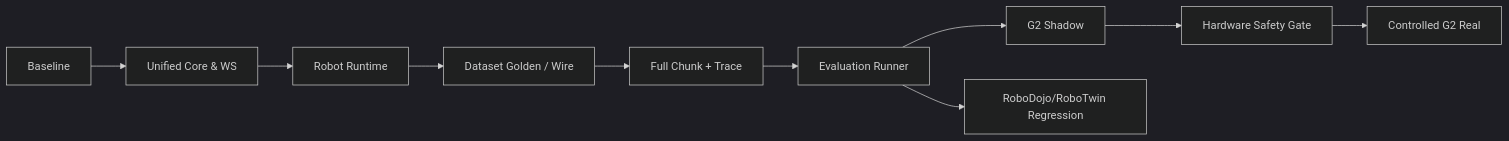
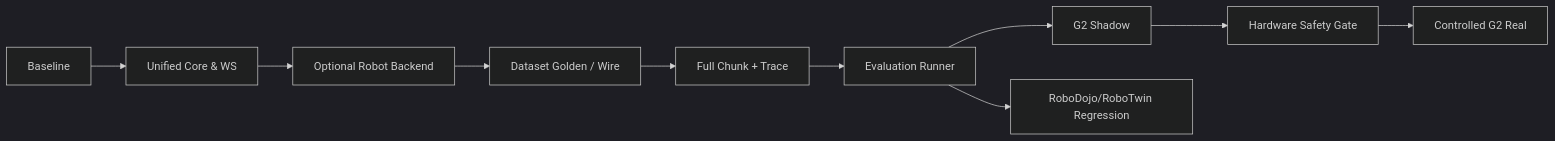
Before and after one commit to robot-feng/XPolicyLab: the fourth of 4 diagrams in XPolicyLab_Unified_v4_Architecture_Blueprint.md, drawn with Mermaid (dark theme). The commit also changed other lines of this file and 8 other files, not shown here.

````diff
--- a/XPolicyLab_Unified_v4_Architecture_Blueprint.md
+++ b/XPolicyLab_Unified_v4_Architecture_Blueprint.md
@@ -1190,12 +1196,12 @@
 ```mermaid
 flowchart LR
   BASE["Baseline"] --> CORE["Unified Core & WS"]
-  CORE --> EVA["Robot Runtime"]
-  EVA --> DATA["Dataset Golden / Wire"]
+  CORE --> ROBOT["Optional Robot Backend"]
+  ROBOT --> DATA["Dataset Golden / Wire"]
   DATA --> ACTION["Full Chunk + Trace"]
   ACTION --> RUNNER["Evaluation Runner"]
   RUNNER --> SHADOW["G2 Shadow"]
   SHADOW --> SAFE["Hardware Safety Gate"]
   SAFE --> REAL["Controlled G2 Real"]
   RUNNER --> SIM["RoboDojo/RoboTwin Regression"]
 ```
````
